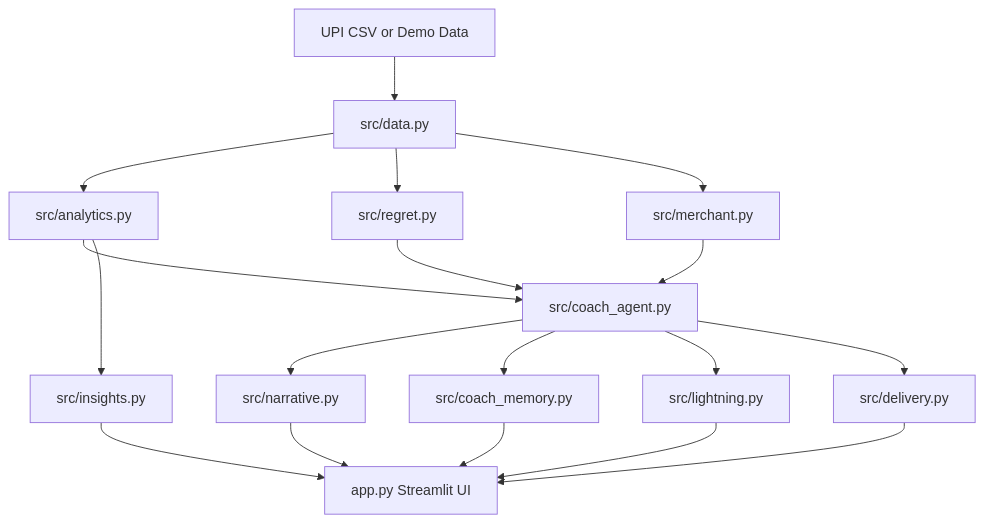
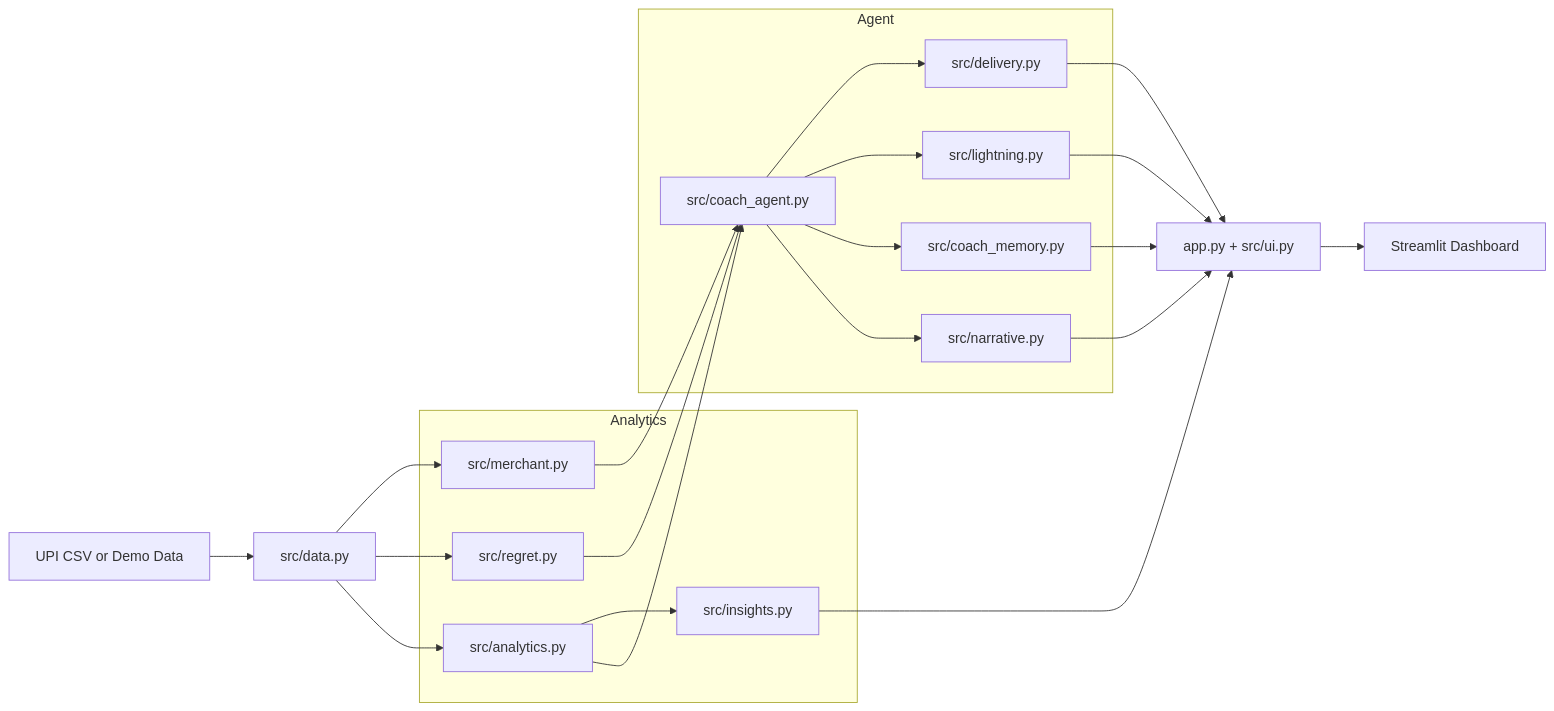
The first of 2 diagrams in README.md (Yashaswini-V21/UPI-Mirror), drawn with Mermaid before and after one commit. The commit also changed other lines of this file, not shown here.

````diff
--- a/README.md
+++ b/README.md
@@ -35,20 +62,38 @@
 ```mermaid
-flowchart TD
+flowchart LR
     A[UPI CSV or Demo Data] --> B[src/data.py]
-    B --> C[src/analytics.py]
-    B --> D[src/regret.py]
-    B --> E[src/merchant.py]
-    C --> F[src/coach_agent.py]
-    D --> F
-    E --> F
-    F --> G[src/narrative.py]
-    F --> H[src/coach_memory.py]
-    F --> I[src/lightning.py]
-    F --> J[src/delivery.py]
-    C --> K[src/insights.py]
-    G --> L[app.py Streamlit UI]
+
+    subgraph Analytics
+      C[src/analytics.py]
+      D[src/regret.py]
+      E[src/merchant.py]
+      F[src/insights.py]
+    end
+
+    subgraph Agent
+      G[src/coach_agent.py]
+      H[src/narrative.py]
+      I[src/coach_memory.py]
+      J[src/lightning.py]
+      K[src/delivery.py]
+    end
+
+    B --> C
+    B --> D
+    B --> E
+    C --> G
+    D --> G
+    E --> G
+    G --> H
+    G --> I
+    G --> J
+    G --> K
+    C --> F
+
+    L[app.py + src/ui.py] --> M[Streamlit Dashboard]
     H --> L
     I --> L
     J --> L
     K --> L
+    F --> L
 ```
````
